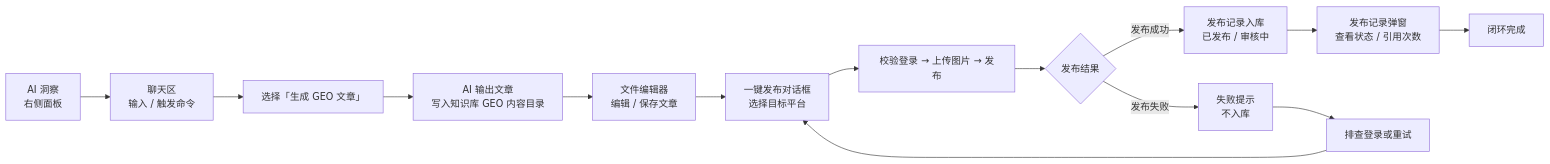
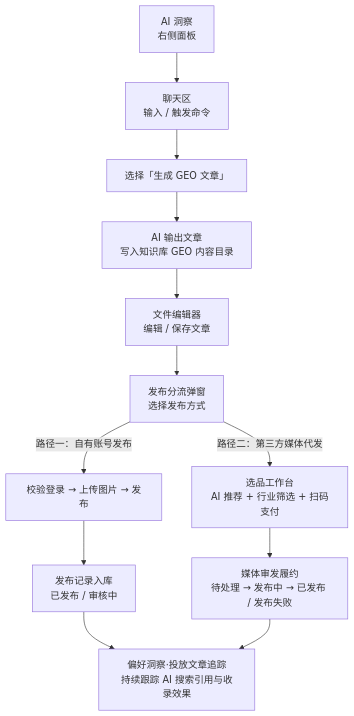
One commit to bianjieai/genaura-docs changed the diagram in zh/tutorials/03-content-publish.mdx. Above: the diagram before and after it, drawn with Mermaid. The commit also changed other lines of this file and 8 other files, not shown here.

````diff
--- a/zh/tutorials/03-content-publish.mdx
+++ b/zh/tutorials/03-content-publish.mdx
@@ -15,16 +15,17 @@
 ```mermaid
-flowchart LR
+flowchart TD
     A[AI 洞察<br />右侧面板] --> B[聊天区<br />输入 / 触发命令]
     B --> C[选择「生成 GEO 文章」]
     C --> D[AI 输出文章<br />写入知识库 GEO 内容目录]
     D --> E[文件编辑器<br />编辑 / 保存文章]
-    E --> F[一键发布对话框<br />选择目标平台]
-    F --> G[校验登录 → 上传图片 → 发布]
-    G --> H{发布结果}
-    H -->|发布成功| I[发布记录入库<br />已发布 / 审核中]
-    H -->|发布失败| J[失败提示<br />不入库]
-    I --> K[发布记录弹窗<br />查看状态 / 引用次数]
-    J --> L[排查登录或重试]
-    L --> F
-    K --> M[闭环完成]
+    E --> F[发布分流弹窗<br />选择发布方式]
+    
+    F -->|路径一：自有账号发布| G1[校验登录 → 上传图片 → 发布]
+    G1 --> H1[发布记录入库<br />已发布 / 审核中]
+    
+    F -->|路径二：第三方媒体代发| G2[选品工作台<br />AI 推荐 + 行业筛选 + 扫码支付]
+    G2 --> H2[媒体审发履约<br />待处理 → 发布中 → 已发布 / 发布失败]
+    
+    H1 --> I[偏好洞察·投放文章追踪<br />持续跟踪 AI 搜索引用与收录效果]
+    H2 --> I
 ```
````
